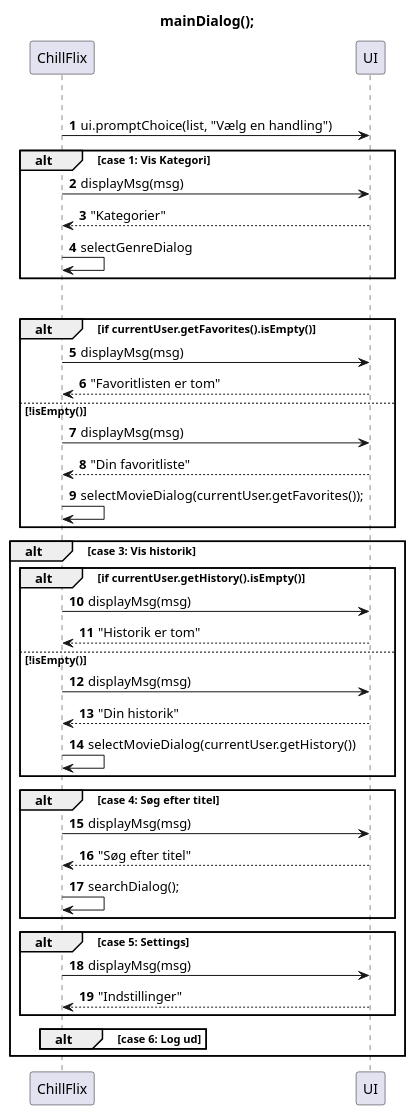
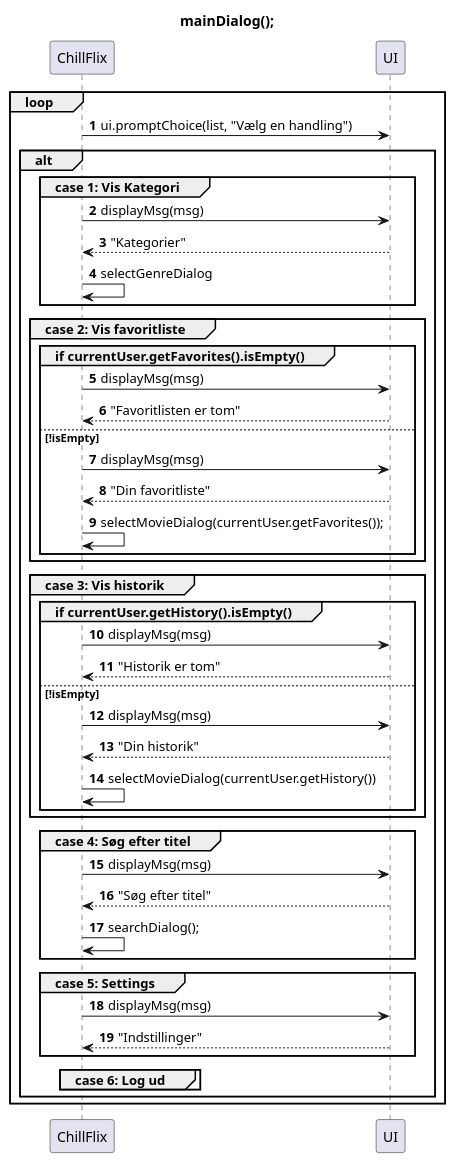
One commit to Falcho/SP3 changed the diagram in docs/sequenceDiagramMainDialog.puml. Above: the diagram before and after it, drawn with PlantUML.

```diff
--- a/docs/sequenceDiagramMainDialog.puml
+++ b/docs/sequenceDiagramMainDialog.puml
@@ -1,51 +1,57 @@
 @startuml
 'https://plantuml.com/sequence-diagram
 title mainDialog();
 
+participant ChillFlix
+participant UI
+
 autonumber
 
-loop while (proceed)
-ChillFlix -> UI: ui.promptChoice(list, "Vælg en handling")
+loop
+    ChillFlix -> UI: ui.promptChoice(list, "Vælg en handling")
+    alt
+        group case 1: Vis Kategori
+            ChillFlix -> UI: displayMsg(msg)
+            UI --> ChillFlix: "Kategorier"
+            ChillFlix -> ChillFlix: selectGenreDialog
+        end
 
-alt case 1: Vis Kategori
-ChillFlix -> UI: displayMsg(msg)
-UI --> ChillFlix: "Kategorier"
-ChillFlix -> ChillFlix: selectGenreDialog
+        group case 2: Vis favoritliste
+            group if currentUser.getFavorites().isEmpty()
+                ChillFlix -> UI: displayMsg(msg)
+                UI --> ChillFlix: "Favoritlisten er tom"
+            else !isEmpty
+                ChillFlix -> UI: displayMsg(msg)
+                UI --> ChillFlix: "Din favoritliste"
+                ChillFlix -> ChillFlix: selectMovieDialog(currentUser.getFavorites());
+            end
+        end
+
+        group case 3: Vis historik
+            group if currentUser.getHistory().isEmpty()
+                ChillFlix -> UI: displayMsg(msg)
+                UI --> ChillFlix: "Historik er tom"
+            else !isEmpty
+                ChillFlix -> UI: displayMsg(msg)
+                UI --> ChillFlix: "Din historik"
+                ChillFlix -> ChillFlix: selectMovieDialog(currentUser.getHistory())
+            end
+        end
+
+        group case 4: Søg efter titel
+            ChillFlix -> UI: displayMsg(msg)
+            UI --> ChillFlix: "Søg efter titel"
+            ChillFlix -> ChillFlix: searchDialog();
+        end
+
+        group case 5: Settings
+            ChillFlix -> UI: displayMsg(msg)
+            UI --> ChillFlix: "Indstillinger"
+        end
+
+        group case 6: Log ud
+        end
+    end
 end
 
-alt case 2: Vis favoritliste
-alt if currentUser.getFavorites().isEmpty()
-ChillFlix -> UI: displayMsg(msg)
-UI --> ChillFlix: "Favoritlisten er tom"
-else !isEmpty()
-ChillFlix -> UI: displayMsg(msg)
-UI --> ChillFlix: "Din favoritliste"
-ChillFlix -> ChillFlix: selectMovieDialog(currentUser.getFavorites());
-end
-
-alt case 3: Vis historik
-alt if currentUser.getHistory().isEmpty()
-ChillFlix -> UI: displayMsg(msg)
-UI --> ChillFlix: "Historik er tom"
-else !isEmpty()
-ChillFlix -> UI: displayMsg(msg)
-UI --> ChillFlix: "Din historik"
-ChillFlix -> ChillFlix: selectMovieDialog(currentUser.getHistory())
-end
-
-alt case 4: Søg efter titel
-ChillFlix -> UI: displayMsg(msg)
-UI --> ChillFlix: "Søg efter titel"
-ChillFlix -> ChillFlix: searchDialog();
-end
-
-alt case 5: Settings
-ChillFlix -> UI: displayMsg(msg)
-UI --> ChillFlix: "Indstillinger"
-end
-
-alt case 6: Log ud
-end
-
-end
 @enduml
```
